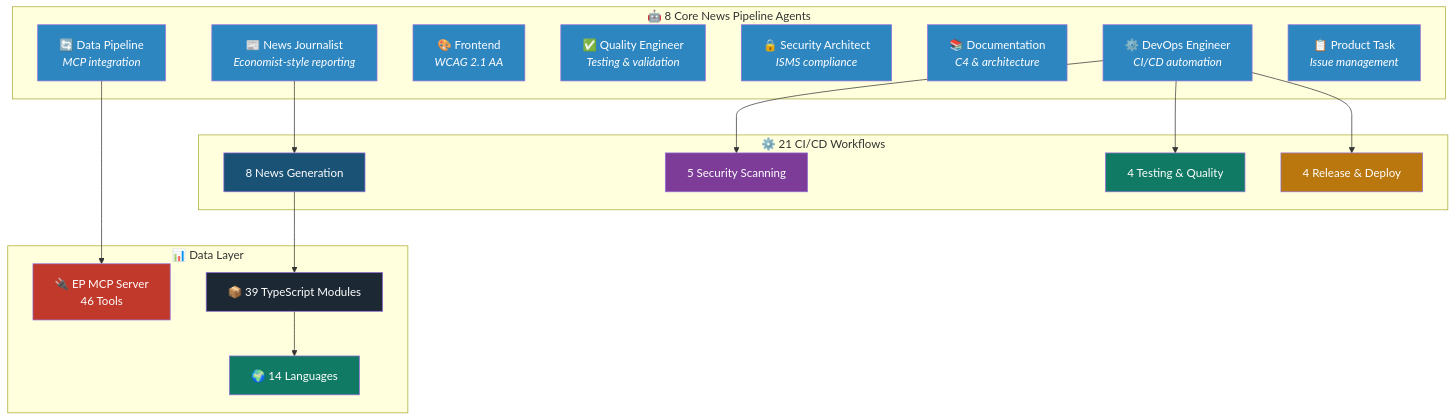
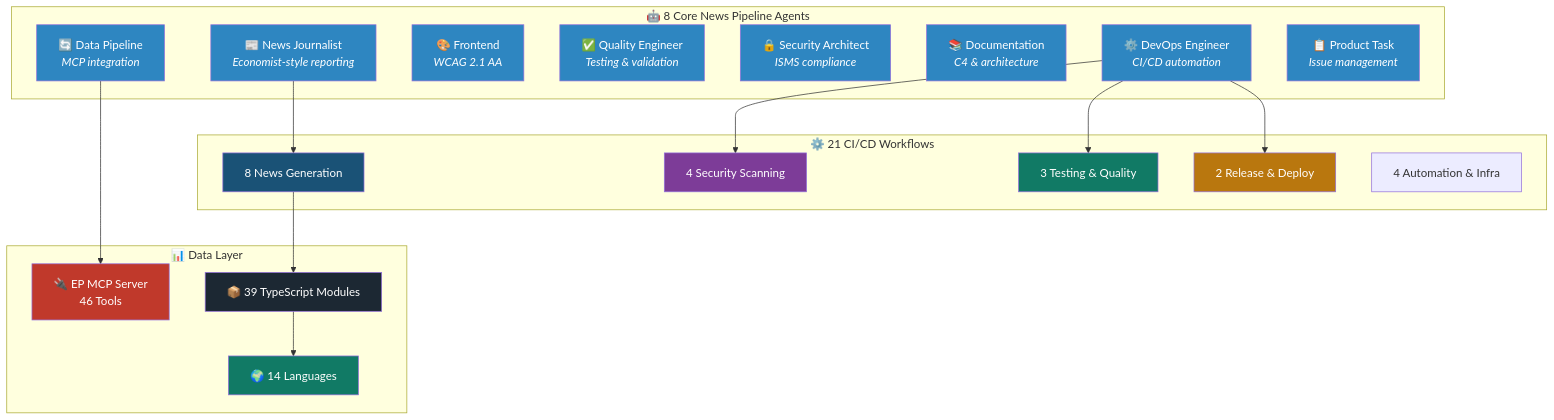
Before and after one commit to Hack23/euparliamentmonitor: the second of 4 diagrams in README.md, drawn with Mermaid. The commit also changed other lines of this file, not shown here.

Commit message:
Fix blockquote "publish" → "generate", correct workflow breakdown, fix timeline terminology

````diff
--- a/README.md
+++ b/README.md
@@ -835,47 +835,48 @@
 ```mermaid
 graph TB
     subgraph "🤖 8 Core News Pipeline Agents"
         A1["📰 News Journalist<br/><i>Economist-style reporting</i>"]
         A2["🔄 Data Pipeline<br/><i>MCP integration</i>"]
         A3["🎨 Frontend<br/><i>WCAG 2.1 AA</i>"]
         A4["✅ Quality Engineer<br/><i>Testing & validation</i>"]
         A5["🔒 Security Architect<br/><i>ISMS compliance</i>"]
         A6["📚 Documentation<br/><i>C4 & architecture</i>"]
         A7["⚙️ DevOps Engineer<br/><i>CI/CD automation</i>"]
         A8["📋 Product Task<br/><i>Issue management</i>"]
     end
 
     subgraph "⚙️ 21 CI/CD Workflows"
         W1["8 News Generation"]
-        W2["5 Security Scanning"]
-        W3["4 Testing & Quality"]
-        W4["4 Release & Deploy"]
+        W2["4 Security Scanning"]
+        W3["3 Testing & Quality"]
+        W4["2 Release & Deploy"]
+        W5["4 Automation & Infra"]
     end
 
     subgraph "📊 Data Layer"
         MCP["🔌 EP MCP Server<br/>46 Tools"]
         TS["📦 39 TypeScript Modules"]
         L14["🌍 14 Languages"]
     end
 
     A1 --> W1
     A2 --> MCP
     A7 --> W2 & W3 & W4
     W1 --> TS --> L14
 
     style A1 fill:#2e86c1,color:#fff
     style A2 fill:#2e86c1,color:#fff
     style A3 fill:#2e86c1,color:#fff
     style A4 fill:#2e86c1,color:#fff
     style A5 fill:#2e86c1,color:#fff
     style A6 fill:#2e86c1,color:#fff
     style A7 fill:#2e86c1,color:#fff
     style A8 fill:#2e86c1,color:#fff
     style W1 fill:#1a5276,color:#fff
     style W2 fill:#7d3c98,color:#fff
     style W3 fill:#117a65,color:#fff
     style W4 fill:#b9770e,color:#fff
     style MCP fill:#c0392b,color:#fff
     style TS fill:#1c2833,color:#fff
     style L14 fill:#117a65,color:#fff
 ```
````
